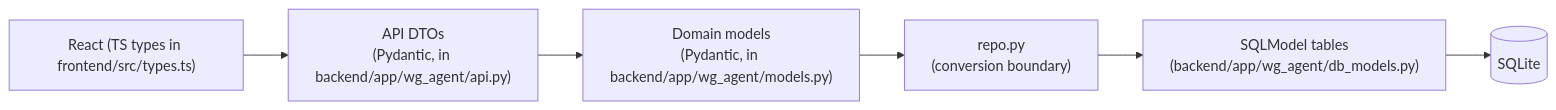
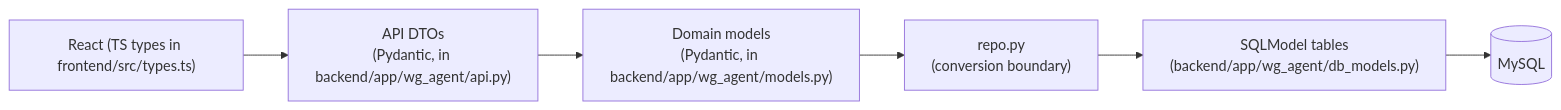
Before and after one commit to v-ya-ch-e/tumai-makeathon-2026: the second of 3 diagrams in docs/DATA_MODEL.md, drawn with Mermaid. The commit also changed other lines of this file and 35 other files, not shown here.

````diff
--- a/docs/DATA_MODEL.md
+++ b/docs/DATA_MODEL.md
@@ -183,8 +200,8 @@
 ```mermaid
 flowchart LR
   UI["React (TS types in frontend/src/types.ts)"] --> DTO["API DTOs<br/>(Pydantic, in backend/app/wg_agent/api.py)"]
   DTO --> Domain["Domain models<br/>(Pydantic, in backend/app/wg_agent/models.py)"]
   Domain --> Repo["repo.py<br/>(conversion boundary)"]
   Repo --> Tables["SQLModel tables<br/>(backend/app/wg_agent/db_models.py)"]
-  Tables --> SQLite[(SQLite)]
+  Tables --> MySQL[("MySQL")]
 ```
````
